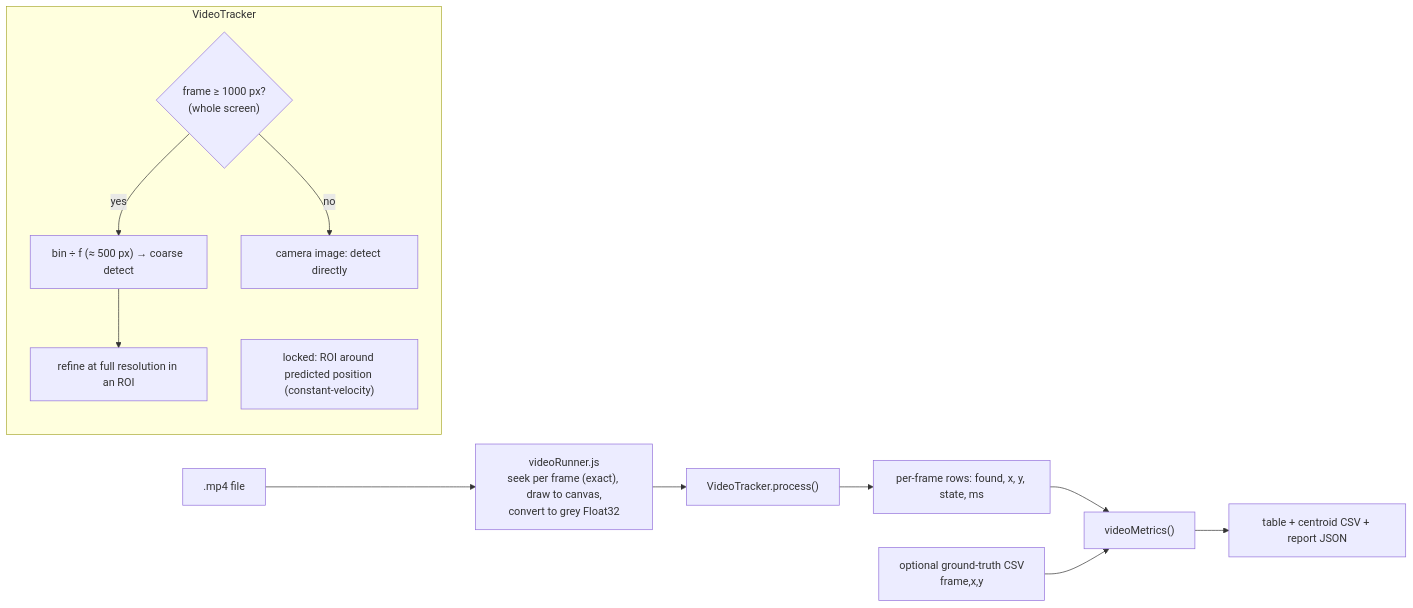
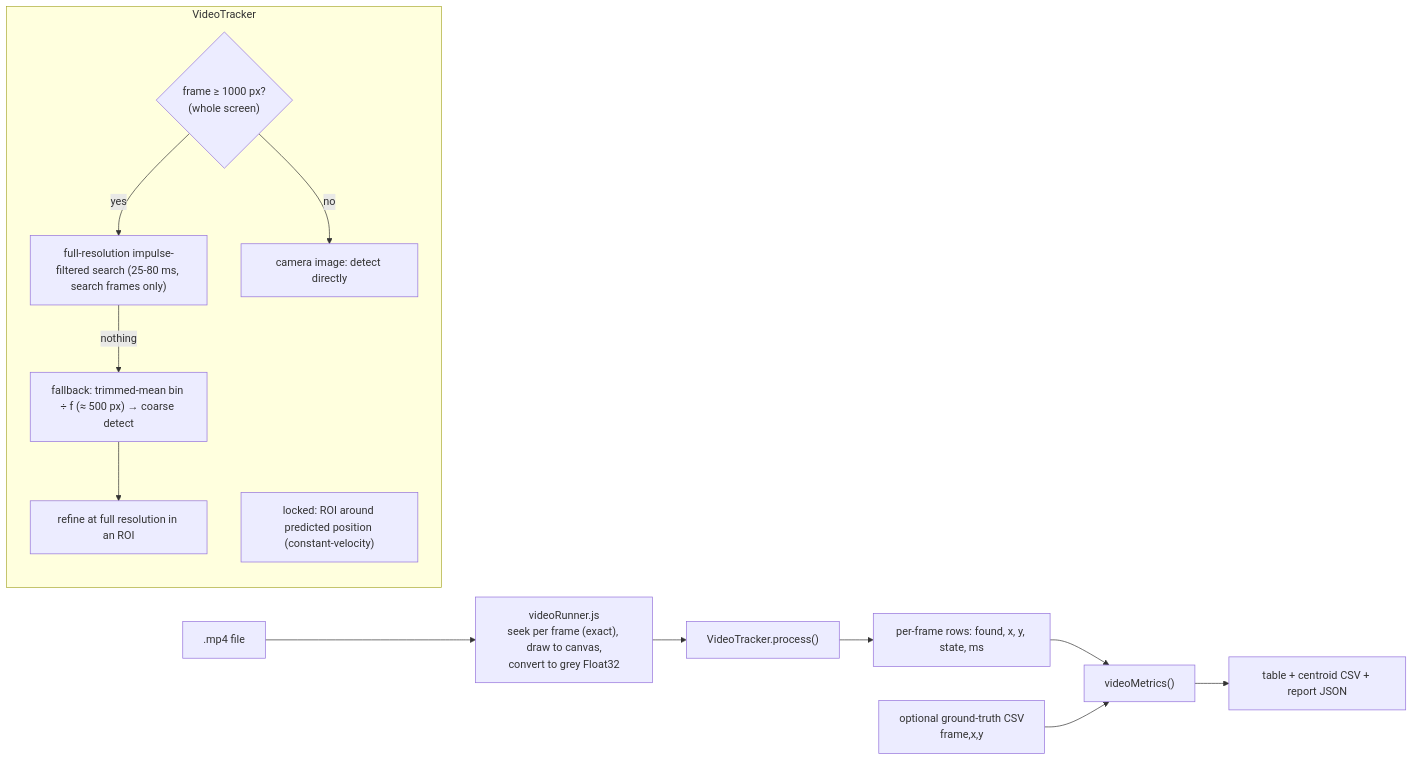
One commit to ascend-x/Q-Rex changed the tenth of 12 diagrams in README.md. Above: the diagram before and after it, drawn with Mermaid. The commit also changed other lines of this file and 56 other files, not shown here.

````diff
--- a/README.md
+++ b/README.md
@@ -614,17 +701,18 @@
 ```mermaid
 flowchart LR
     F[".mp4 file"] --> D["videoRunner.js<br/>seek per frame (exact), draw to canvas,<br/>convert to grey Float32"]
     D --> VT["VideoTracker.process()"]
     subgraph VT_["VideoTracker"]
         direction TB
         S{"frame ≥ 1000 px?<br/>(whole screen)"}
-        S -- yes --> BIN["bin ÷ f (≈ 500 px) → coarse detect"]
+        S -- yes --> FS["full-resolution impulse-filtered search (25-80 ms, search frames only)"]
+        FS -- nothing --> BIN["fallback: trimmed-mean bin ÷ f (≈ 500 px) → coarse detect"]
         BIN --> REF["refine at full resolution in an ROI"]
         S -- no --> FULL["camera image: detect directly"]
         TRK["locked: ROI around predicted position (constant-velocity)"]
     end
     VT --> ROWS["per-frame rows: found, x, y, state, ms"]
     ROWS --> VM["videoMetrics()"]
     GT["optional ground-truth CSV<br/>frame,x,y"] --> VM
     VM --> OUT["table + centroid CSV + report JSON"]
 ```
````
